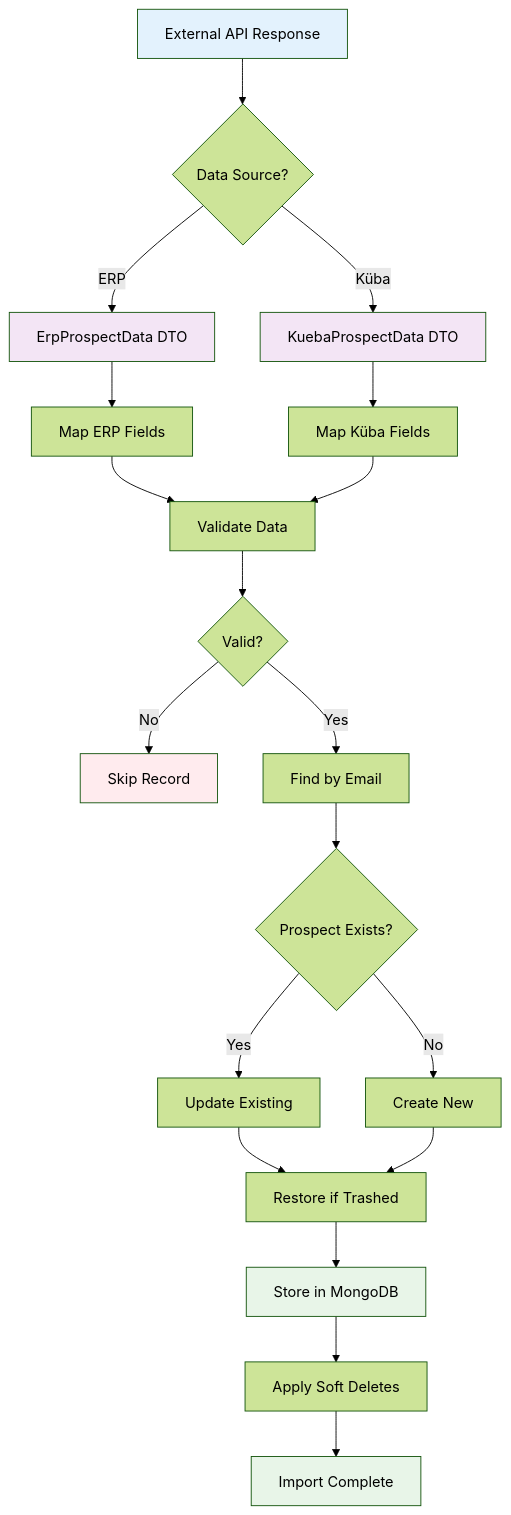
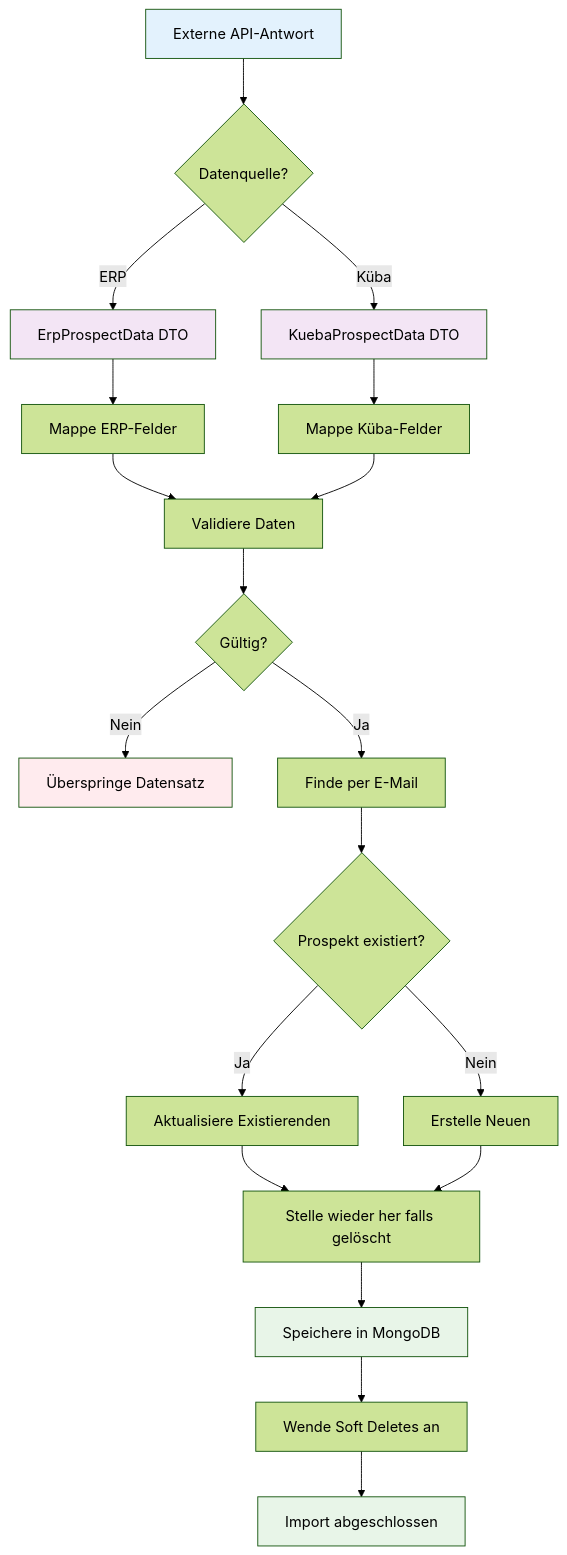
One commit to chrisoco/APDE_BE changed the fifth of 7 diagrams in docs/src/Prospects.md. Above: the diagram before and after it, drawn with Mermaid (forest theme). The commit also changed other lines of this file and 14 other files, not shown here.

````diff
--- a/docs/src/Prospects.md
+++ b/docs/src/Prospects.md
@@ -249,34 +249,34 @@
 ```mermaid
 flowchart TD
-    A[External API Response] --> B{Data Source?}
-    
+    A[Externe API-Antwort] --> B{Datenquelle?}
+
     B -->|ERP| C[ErpProspectData DTO]
     B -->|Küba| D[KuebaProspectData DTO]
-    
-    C --> E[Map ERP Fields]
-    D --> F[Map Küba Fields]
-    
-    E --> G[Validate Data]
+
+    C --> E[Mappe ERP-Felder]
+    D --> F[Mappe Küba-Felder]
+
+    E --> G[Validiere Daten]
     F --> G
-    
-    G --> H{Valid?}
-    H -->|No| I[Skip Record]
-    H -->|Yes| J[Find by Email]
-    
-    J --> K{Prospect Exists?}
-    K -->|Yes| L[Update Existing]
-    K -->|No| M[Create New]
-    
-    L --> N[Restore if Trashed]
+
+    G --> H{Gültig?}
+    H -->|Nein| I[Überspringe Datensatz]
+    H -->|Ja| J[Finde per E-Mail]
+
+    J --> K{Prospekt existiert?}
+    K -->|Ja| L[Aktualisiere Existierenden]
+    K -->|Nein| M[Erstelle Neuen]
+
+    L --> N[Stelle wieder her falls gelöscht]
     M --> N
-    N --> O[Store in MongoDB]
-    O --> P[Apply Soft Deletes]
-    P --> Q[Import Complete]
-    
+    N --> O[Speichere in MongoDB]
+    O --> P[Wende Soft Deletes an]
+    P --> Q[Import abgeschlossen]
+
     style A fill:#e3f2fd
     style C fill:#f3e5f5
     style D fill:#f3e5f5
     style O fill:#e8f5e8
     style I fill:#ffebee
     style Q fill:#e8f5e8
 ```
````
